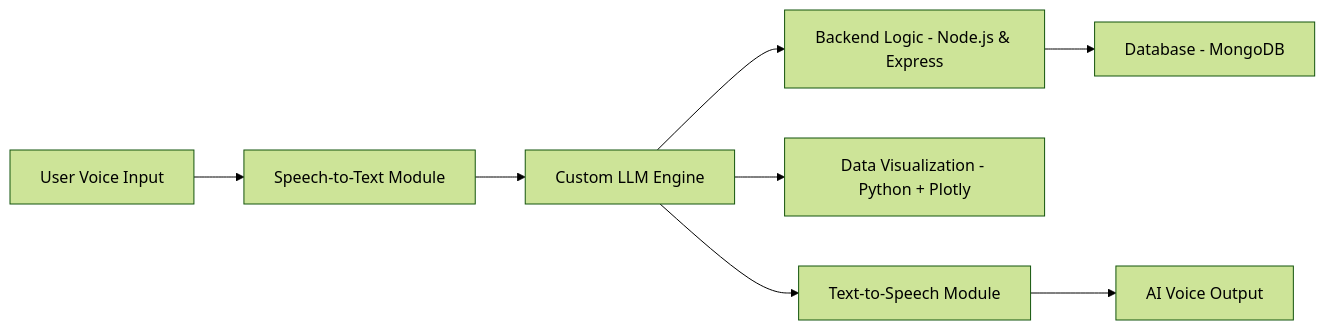
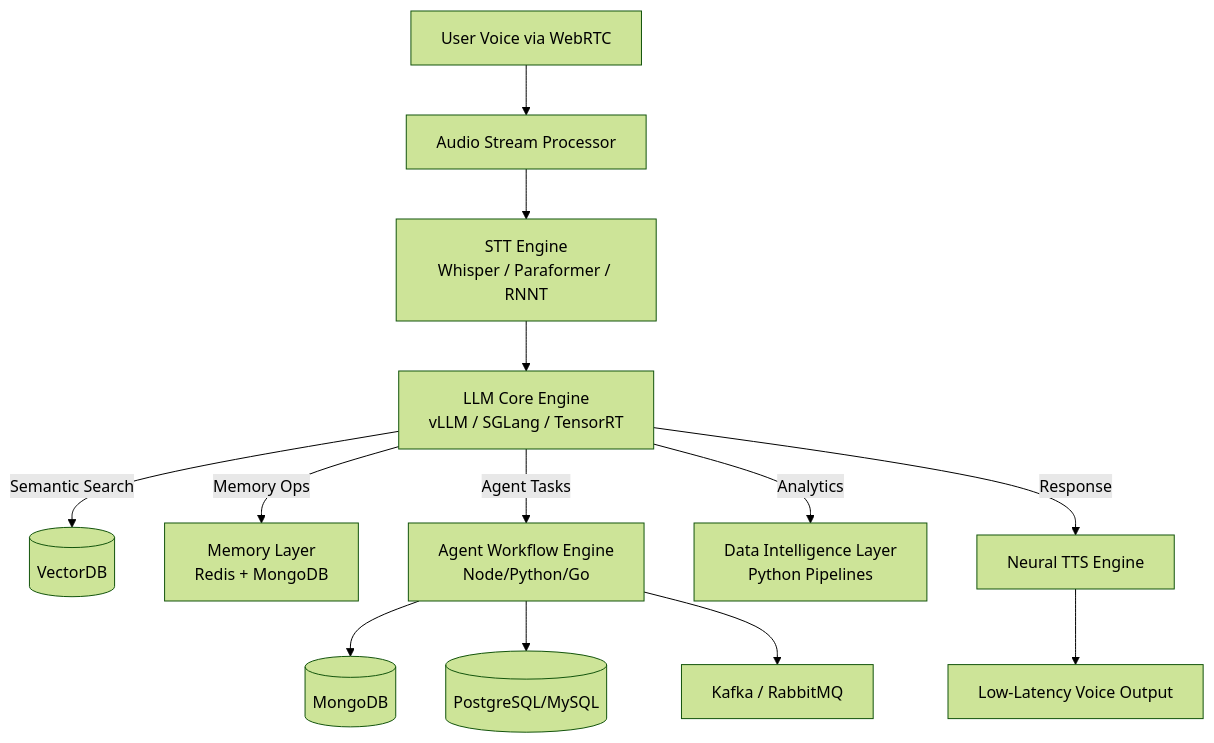
Before and after one commit to Jn0091/Personal-AI-Assistant: the diagram in README.md, drawn with Mermaid (forest theme). The commit also changed other lines of this file, not shown here.

Commit message:
v2 of AI Agent Platform – Full-Stack Autonomous AI Assistant (Enterprise Foundation System)

````diff
--- a/README.md
+++ b/README.md
@@ -44,10 +68,21 @@
 ```mermaid
-flowchart LR
-    A[User Voice Input] --> B[Speech-to-Text Module]
-    B --> C[Custom LLM Engine]
-    C --> D[Backend Logic - Node.js & Express]
-    D --> E[Database - MongoDB]
-    C --> F[Data Visualization - Python + Plotly]
-    C --> G[Text-to-Speech Module]
-    G --> H[AI Voice Output]
+flowchart TD
+    A[User Voice via WebRTC] --> B[Audio Stream Processor]
+    
+    B --> C[STT Engine<br>Whisper / Paraformer / RNNT]
+    
+    C --> D[LLM Core Engine<br>vLLM / SGLang / TensorRT]
+    
+    D -->|Semantic Search| VDB[(VectorDB)]
+    D -->|Memory Ops| M[Memory Layer<br>Redis + MongoDB]
+    D -->|Agent Tasks| AG[Agent Workflow Engine<br>Node/Python/Go]
+    
+    AG --> DB1[(MongoDB)]
+    AG --> DB2[(PostgreSQL/MySQL)]
+    AG --> EVT[Kafka / RabbitMQ]
+    
+    D -->|Analytics| P[Data Intelligence Layer<br>Python Pipelines]
+    D -->|Response| TTS[Neural TTS Engine]
+    
+    TTS --> OUT[Low-Latency Voice Output]
 ```
````
